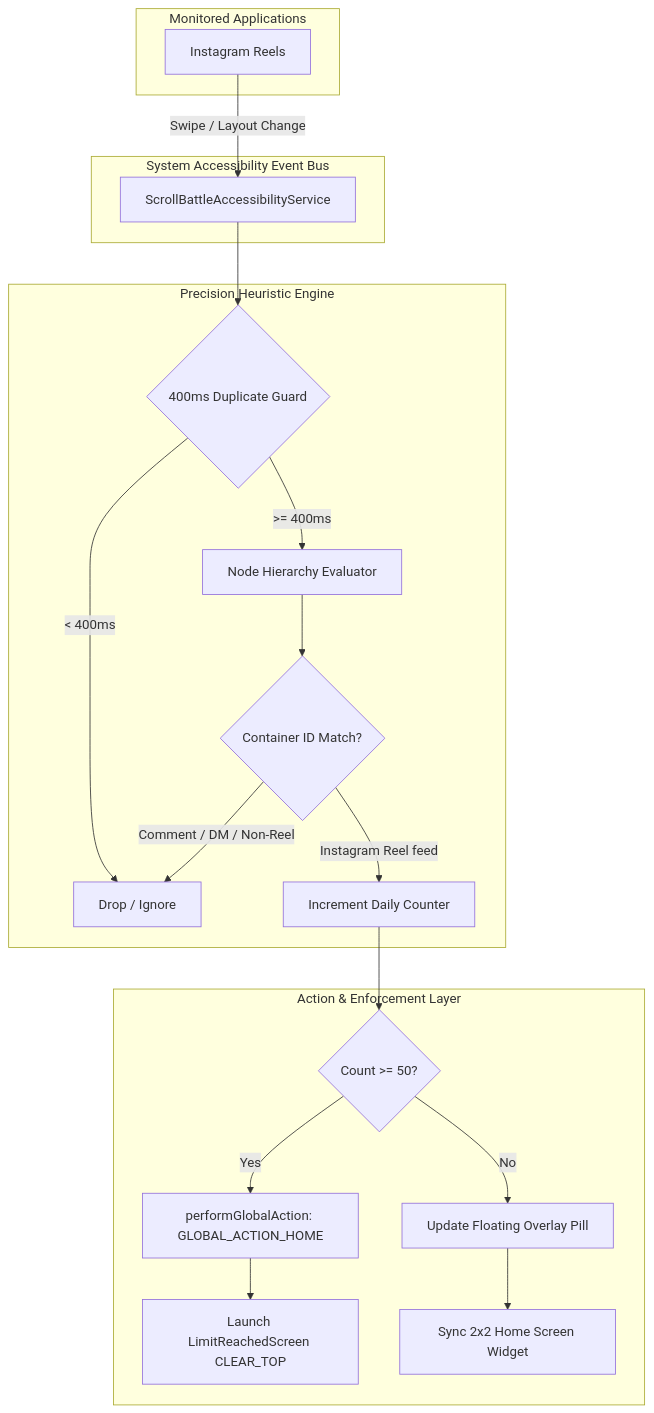
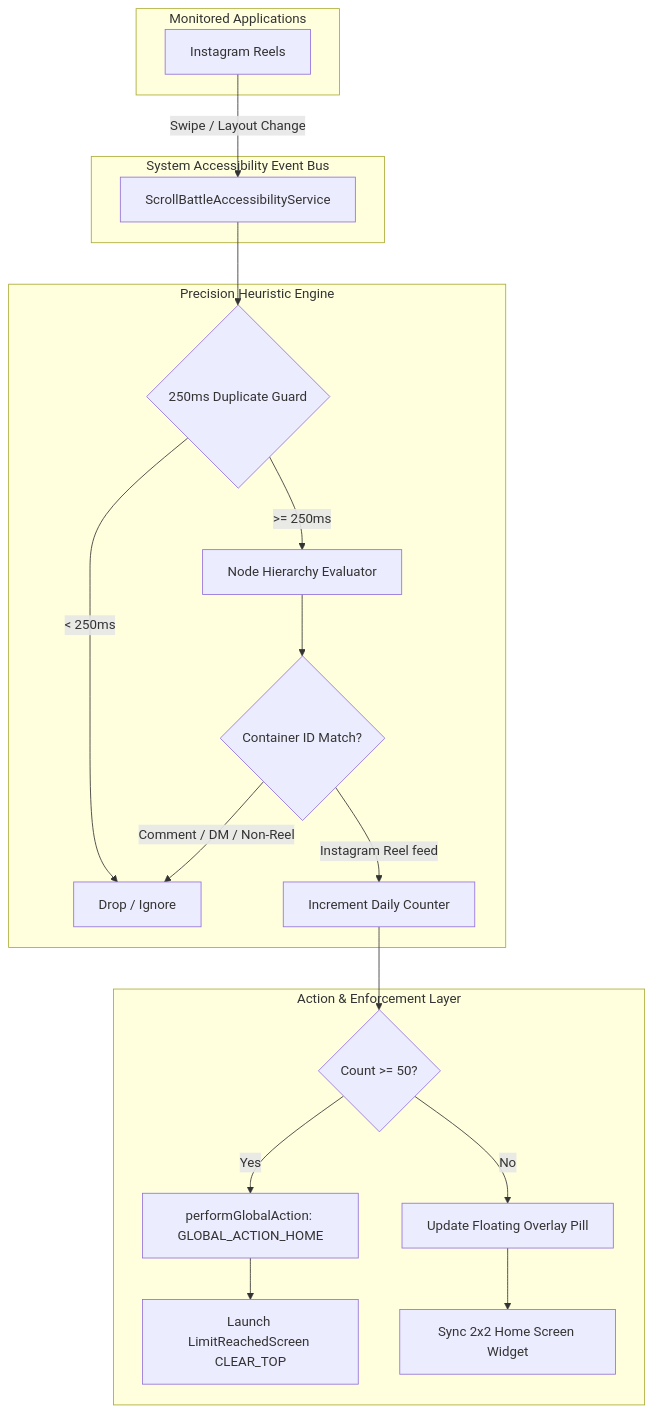
The diagram in README.md (NIKHILSINGLAT/ScrollBattle), drawn with Mermaid before and after one commit.

Commit message:
docs: update Reel event debounce documentation

````diff
--- a/README.md
+++ b/README.md
@@ -42,27 +42,27 @@
 ```mermaid
 flowchart TD
     subgraph Target_Apps [Monitored Applications]
         IG[Instagram Reels]
     end
 
     subgraph Accessibility_Bus [System Accessibility Event Bus]
         IG -->|Swipe / Layout Change| Bus[ScrollBattleAccessibilityService]
     end
 
     subgraph Detection_Engine [Precision Heuristic Engine]
-        Bus --> Throttler{400ms Duplicate Guard}
-        Throttler -- "< 400ms" --> Drop[Drop / Ignore]
-        Throttler -- ">= 400ms" --> Evaluator[Node Hierarchy Evaluator]
+        Bus --> Throttler{250ms Duplicate Guard}
+        Throttler -- "< 250ms" --> Drop[Drop / Ignore]
+        Throttler -- ">= 250ms" --> Evaluator[Node Hierarchy Evaluator]
         Evaluator --> Match{Container ID Match?}
         Match -- "Comment / DM / Non-Reel" --> Drop
         Match -- "Instagram Reel feed" --> Count[Increment Daily Counter]
     end
 
     subgraph Enforcement [Action & Enforcement Layer]
         Count --> LimitCheck{Count >= 50?}
         LimitCheck -- "Yes" --> Kick[performGlobalAction: GLOBAL_ACTION_HOME]
         Kick --> LockScreen[Launch LimitReachedScreen CLEAR_TOP]
         LimitCheck -- "No" --> PillUpdate[Update Floating Overlay Pill]
         PillUpdate --> WidgetUpdate[Sync 2x2 Home Screen Widget]
     end
 ```
````
